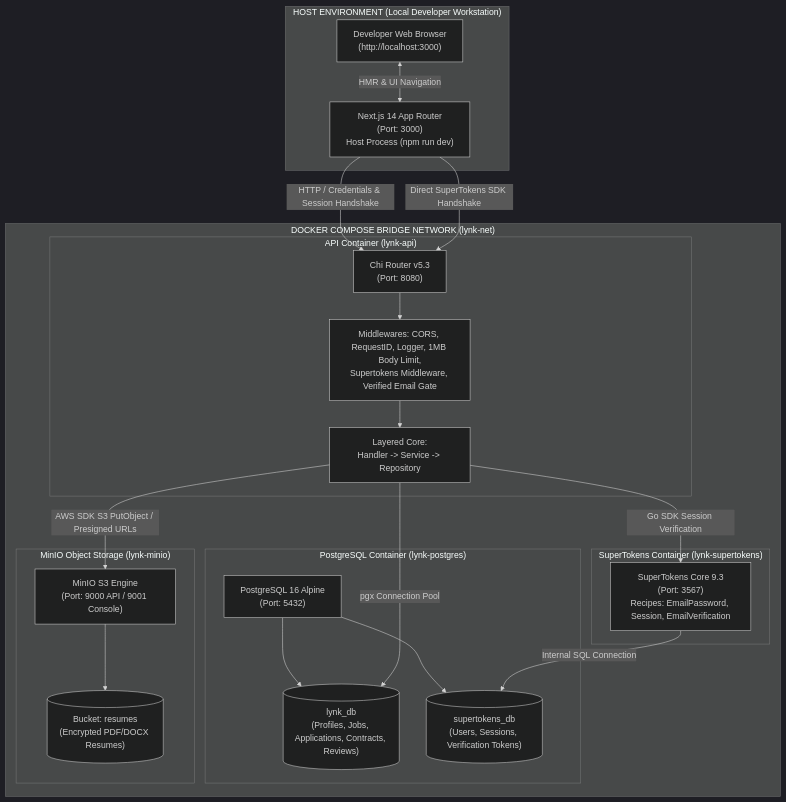
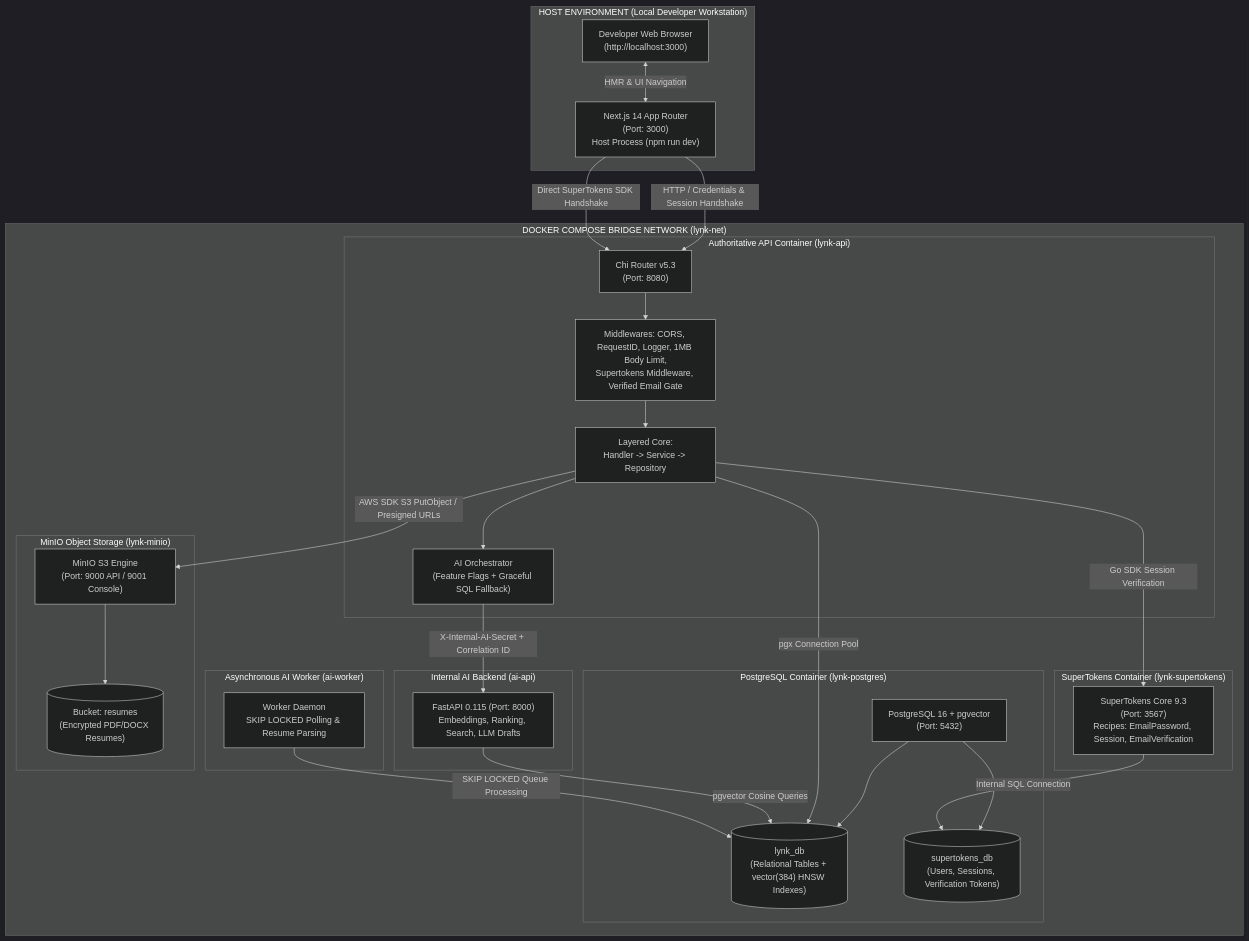
One commit to BIJJUDAMA/Lynk changed the first of 2 diagrams in docs/README.md. Above: the diagram before and after it, drawn with Mermaid (dark theme). The commit also changed other lines of this file and 4 other files, not shown here.

````diff
--- a/docs/README.md
+++ b/docs/README.md
@@ -67,43 +69,56 @@
 ```mermaid
 flowchart TB
     subgraph HostEnvironment["HOST ENVIRONMENT (Local Developer Workstation)"]
         FE["Next.js 14 App Router<br/>(Port: 3000)<br/>Host Process (npm run dev)"]
         Browser["Developer Web Browser<br/>(http://localhost:3000)"]
         Browser <-->|HMR & UI Navigation| FE
     end
 
     subgraph DockerBridge["DOCKER COMPOSE BRIDGE NETWORK (lynk-net)"]
-        subgraph APIContainer["API Container (lynk-api)"]
+        subgraph APIContainer["Authoritative API Container (lynk-api)"]
             Router["Chi Router v5.3<br/>(Port: 8080)"]
             Middlewares["Middlewares: CORS, RequestID, Logger, 1MB Body Limit,<br/>Supertokens Middleware, Verified Email Gate"]
             Handlers["Layered Core:<br/>Handler -> Service -> Repository"]
+            Orchestrator["AI Orchestrator<br/>(Feature Flags + Graceful SQL Fallback)"]
             Router --> Middlewares --> Handlers
+            Handlers --> Orchestrator
+        end
+
+        subgraph AIContainer["Internal AI Backend (ai-api)"]
+            FastAPI["FastAPI 0.115 (Port: 8000)<br/>Embeddings, Ranking, Search, LLM Drafts"]
+        end
+
+        subgraph WorkerContainer["Asynchronous AI Worker (ai-worker)"]
+            AIWorker["Worker Daemon<br/>SKIP LOCKED Polling & Resume Parsing"]
         end
 
         subgraph IAMContainer["SuperTokens Container (lynk-supertokens)"]
             STCore["SuperTokens Core 9.3<br/>(Port: 3567)<br/>Recipes: EmailPassword, Session, EmailVerification"]
         end
 
         subgraph DBContainer["PostgreSQL Container (lynk-postgres)"]
-            Postgres["PostgreSQL 16 Alpine<br/>(Port: 5432)"]
-            AppDB[("lynk_db<br/>(Profiles, Jobs, Applications, Contracts, Reviews)")]
+            Postgres["PostgreSQL 16 + pgvector<br/>(Port: 5432)"]
+            AppDB[("lynk_db<br/>(Relational Tables + vector(384) HNSW Indexes)")]
             AuthDB[("supertokens_db<br/>(Users, Sessions, Verification Tokens)")]
             Postgres --> AppDB
             Postgres --> AuthDB
         end
 
         subgraph S3Container["MinIO Object Storage (lynk-minio)"]
             MinIO["MinIO S3 Engine<br/>(Port: 9000 API / 9001 Console)"]
             ResumeBucket[("Bucket: resumes<br/>(Encrypted PDF/DOCX Resumes)")]
             MinIO --> ResumeBucket
         end
     end
 
     %% Network Connections
     FE -->|HTTP / Credentials & Session Handshake| Router
     FE -->|Direct SuperTokens SDK Handshake| Router
     Handlers -->|Go SDK Session Verification| STCore
     STCore -->|Internal SQL Connection| AuthDB
     Handlers -->|pgx Connection Pool| AppDB
     Handlers -->|AWS SDK S3 PutObject / Presigned URLs| MinIO
+    Orchestrator -->|X-Internal-AI-Secret + Correlation ID| FastAPI
+    FastAPI -->|pgvector Cosine Queries| AppDB
+    AIWorker -->|SKIP LOCKED Queue Processing| AppDB
 ```
````
